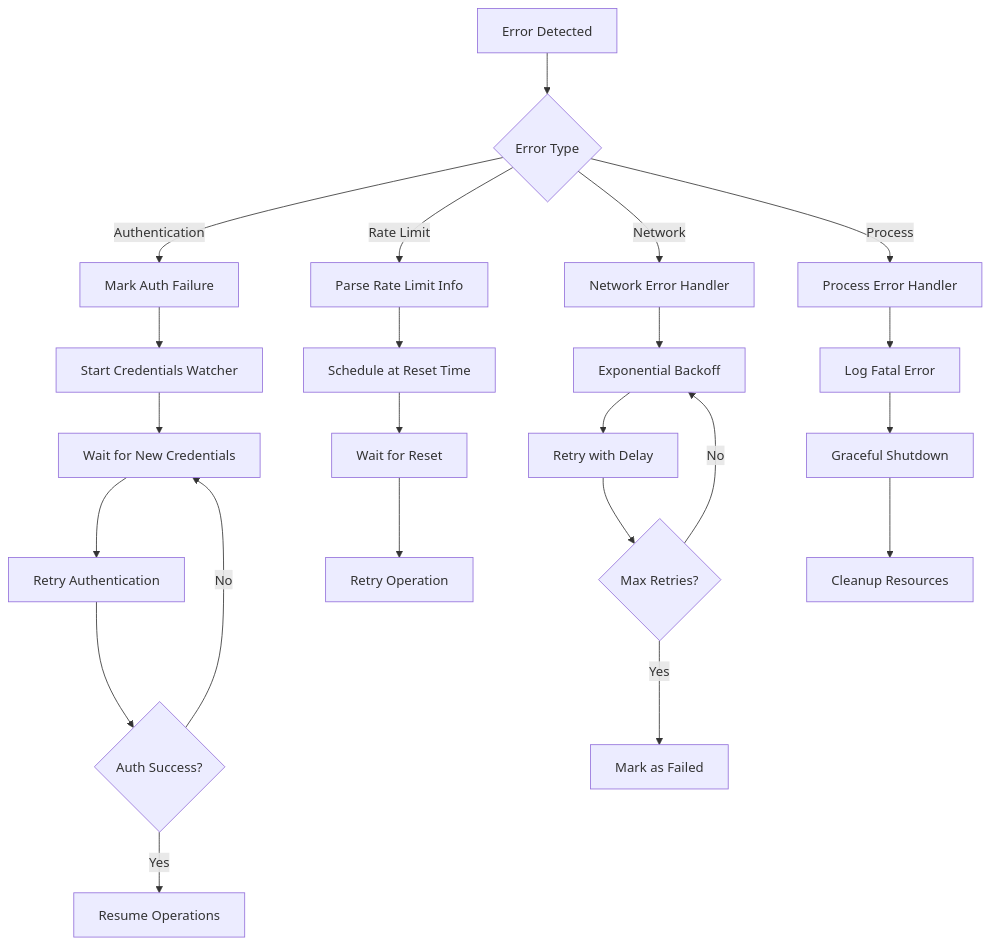
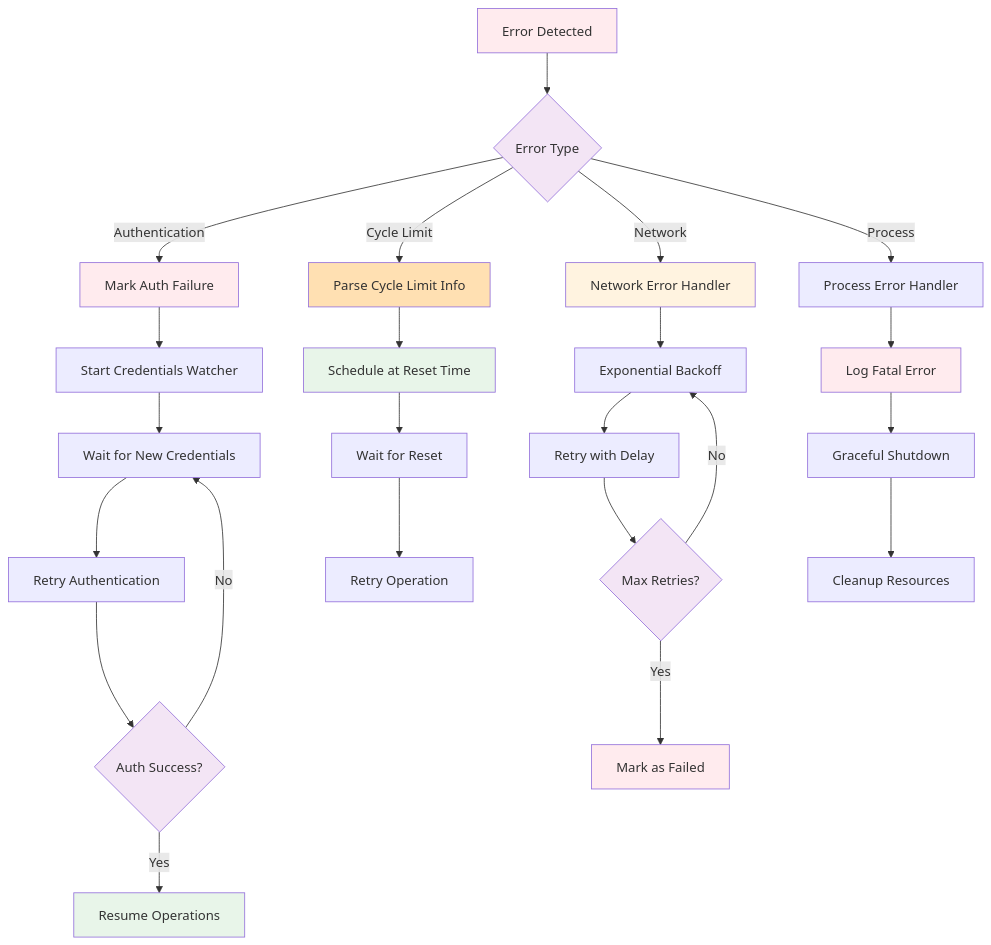
The eighth of 11 diagrams in docs/workflow-diagrams.md (substance0/claudepulse), drawn with Mermaid before and after one commit. The commit also changed other lines of this file and 38 other files, not shown here.

````diff
--- a/docs/workflow-diagrams.md
+++ b/docs/workflow-diagrams.md
@@ -349,29 +493,42 @@
 ```mermaid
 graph TD
     A[Error Detected] --> B{Error Type}
     B -->|Authentication| C[Mark Auth Failure]
-    B -->|Rate Limit| D[Parse Rate Limit Info]
+    B -->|Cycle Limit| D[Parse Cycle Limit Info]
     B -->|Network| E[Network Error Handler]
     B -->|Process| F[Process Error Handler]
 
     C --> G[Start Credentials Watcher]
     G --> H[Wait for New Credentials]
     H --> I[Retry Authentication]
     I --> J{Auth Success?}
     J -->|Yes| K[Resume Operations]
     J -->|No| H
 
     D --> L[Schedule at Reset Time]
     L --> M[Wait for Reset]
     M --> N[Retry Operation]
 
     E --> O[Exponential Backoff]
     O --> P[Retry with Delay]
     P --> Q{Max Retries?}
     Q -->|No| O
     Q -->|Yes| R[Mark as Failed]
 
     F --> S[Log Fatal Error]
     S --> T[Graceful Shutdown]
     T --> U[Cleanup Resources]
+
+    %% Consistent styling
+    style A fill:#ffebee
+    style B fill:#f3e5f5
+    style C fill:#ffebee
+    style D fill:#ffe0b2
+    style E fill:#fff3e0
+    style J fill:#f3e5f5
+    style K fill:#e8f5e9
+    style L fill:#e8f5e9
+    style Q fill:#f3e5f5
+    style R fill:#ffebee
+    style S fill:#ffebee
 ```
````
